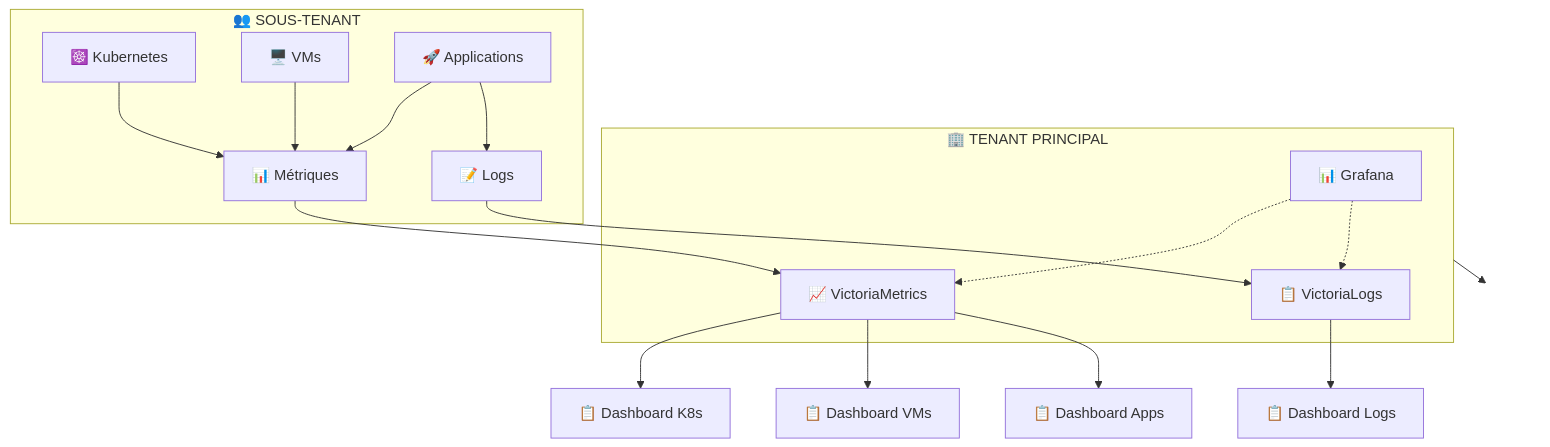
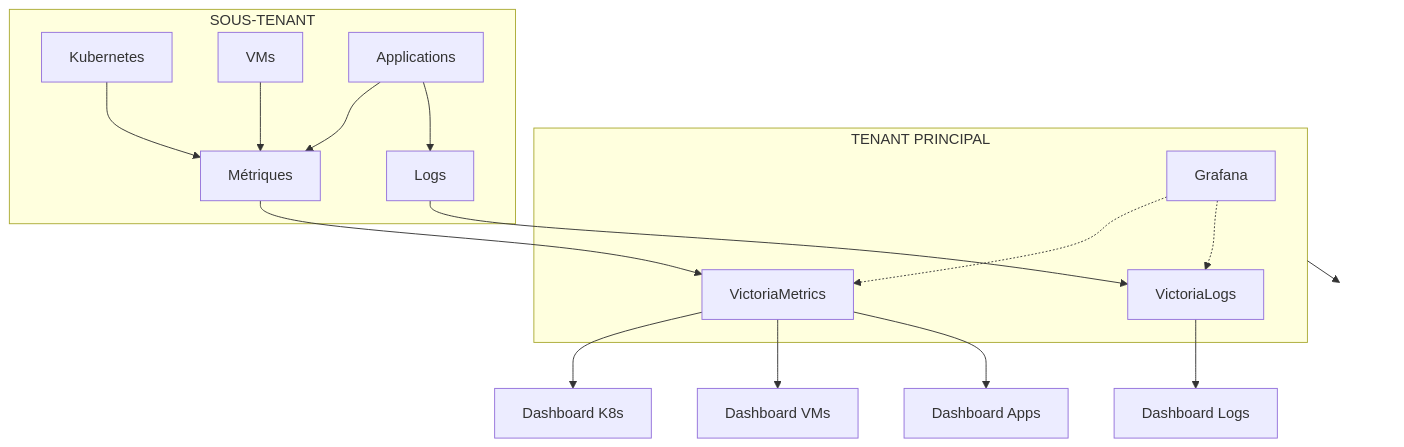
Before and after one commit to HidoraSwiss/hikube-public-doc: the third of 3 diagrams in versioned_docs/version-2.0/getting-started/concepts.md, drawn with Mermaid. The commit also changed other lines of this file and 2 other files, not shown here.

First line of the commit message:
feat: update documentation for Kubernetes services in version 2.0

````diff
--- a/versioned_docs/version-2.0/getting-started/concepts.md
+++ b/versioned_docs/version-2.0/getting-started/concepts.md
@@ -162,35 +163,35 @@
 ```mermaid
 flowchart TD
-    subgraph TENANT["🏢 TENANT PRINCIPAL"]
-        G[📊 Grafana]
-        VM[📈 VictoriaMetrics]
-        VL[📋 VictoriaLogs]
+    subgraph TENANT["TENANT PRINCIPAL"]
+        G[Grafana]
+        VM[VictoriaMetrics]
+        VL[VictoriaLogs]
     end
     
     TENANT --> SPACER[ ]
     
-    subgraph SOUS["👥 SOUS-TENANT"]
-        K8S[☸️ Kubernetes]
-        VMS[🖥️ VMs]
-        APP[🚀 Applications]
-        M[📊 Métriques]
-        L[📝 Logs]
+    subgraph SOUS["SOUS-TENANT"]
+        K8S[Kubernetes]
+        VMS[VMs]
+        APP[Applications]
+        M[Métriques]
+        L[Logs]
     end
     
     G -.-> VM
     G -.-> VL
     K8S --> M
     VMS --> M
     APP --> M
     APP --> L
     
     M --> VM
     L --> VL
     
-    VM --> D1[📋 Dashboard K8s]
-    VM --> D2[📋 Dashboard VMs] 
-    VM --> D3[📋 Dashboard Apps]
-    VL --> D4[📋 Dashboard Logs]
+    VM --> D1[Dashboard K8s]
+    VM --> D2[Dashboard VMs] 
+    VM --> D3[Dashboard Apps]
+    VL --> D4[Dashboard Logs]
     
     style SPACER fill:transparent,stroke:transparent
 ```
````
